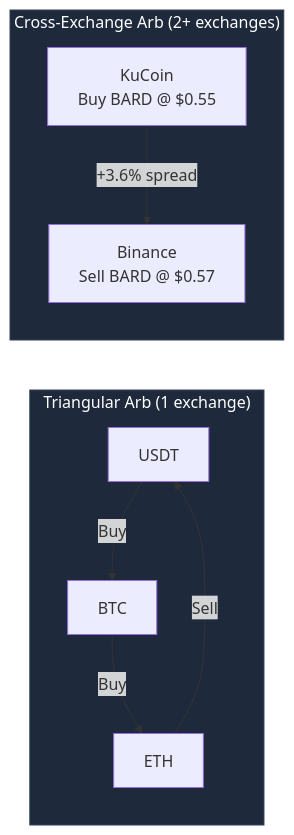
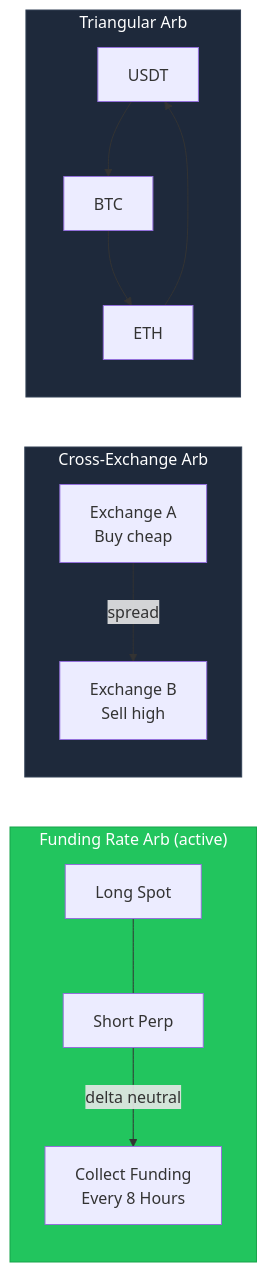
One commit to Pann13223029/crypto-triangular-arbitrage changed the first of 2 diagrams in README.md. Above: the diagram before and after it, drawn with Mermaid. The commit also changed other lines of this file and 4 other files, not shown here.

First line of the commit message:
Update all docs to reflect complete system state + funding rate arb

````diff
--- a/README.md
+++ b/README.md
@@ -7,17 +9,24 @@
 ```mermaid
 graph LR
-    subgraph SingleExchange["Triangular Arb (1 exchange)"]
-        USDT1["USDT"] -->|Buy| BTC1["BTC"]
-        BTC1 -->|Buy| ETH1["ETH"]
-        ETH1 -->|Sell| USDT1
+    subgraph FundingArb["Funding Rate Arb (active)"]
+        SPOT["Long Spot"]
+        PERP["Short Perp"]
+        FUND["Collect Funding<br/>Every 8 Hours"]
+        SPOT --- PERP
+        PERP -->|"delta neutral"| FUND
     end
 
-    subgraph CrossExchange["Cross-Exchange Arb (2+ exchanges)"]
-        KC["KuCoin<br/>Buy BARD @ $0.55"]
-        BN["Binance<br/>Sell BARD @ $0.57"]
-        KC -->|"+3.6% spread"| BN
+    subgraph CrossArb["Cross-Exchange Arb"]
+        KC["Exchange A<br/>Buy cheap"]
+        BN["Exchange B<br/>Sell high"]
+        KC -->|"spread"| BN
     end
 
-    style SingleExchange fill:#1e293b,stroke:#334155,color:#fff
-    style CrossExchange fill:#1e293b,stroke:#334155,color:#fff
+    subgraph TriArb["Triangular Arb"]
+        A["USDT"] --> B["BTC"] --> C["ETH"] --> A
+    end
+
+    style FundingArb fill:#22c55e,stroke:#16a34a,color:#fff
+    style CrossArb fill:#1e293b,stroke:#334155,color:#fff
+    style TriArb fill:#1e293b,stroke:#334155,color:#fff
 ```
````
